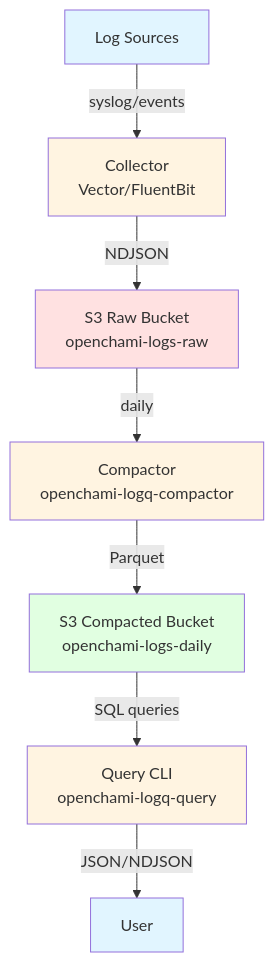
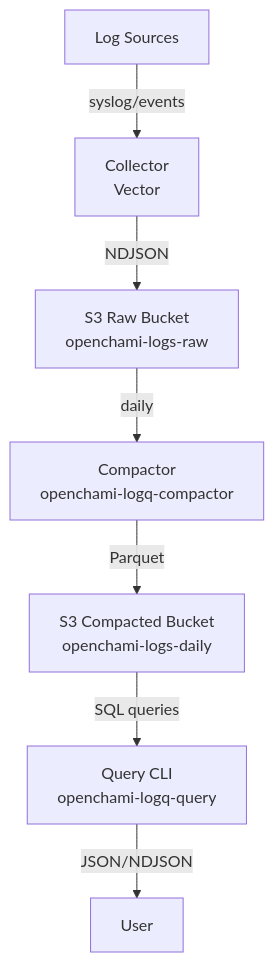
The first of 6 diagrams in docs/ARCHITECTURE.md (OpenCHAMI/legendary-funicular), drawn with Mermaid before and after one commit. The commit also changed other lines of this file and 11 other files, not shown here.

````diff
--- a/docs/ARCHITECTURE.md
+++ b/docs/ARCHITECTURE.md
@@ -42,17 +42,9 @@
 ```mermaid
 graph TD
-    A[Log Sources] -->|syslog/events| B[Collector<br/>Vector/FluentBit]
+    A[Log Sources] -->|syslog/events| B[Collector<br/>Vector]
     B -->|NDJSON| C[S3 Raw Bucket<br/>openchami-logs-raw]
     C -->|daily| D[Compactor<br/>openchami-logq-compactor]
     D -->|Parquet| E[S3 Compacted Bucket<br/>openchami-logs-daily]
     E -->|SQL queries| F[Query CLI<br/>openchami-logq-query]
     F -->|JSON/NDJSON| G[User]
-
-    style A fill:#e1f5ff
-    style B fill:#fff4e1
-    style C fill:#ffe1e1
-    style D fill:#fff4e1
-    style E fill:#e1ffe1
-    style F fill:#fff4e1
-    style G fill:#e1f5ff
 ```
````
